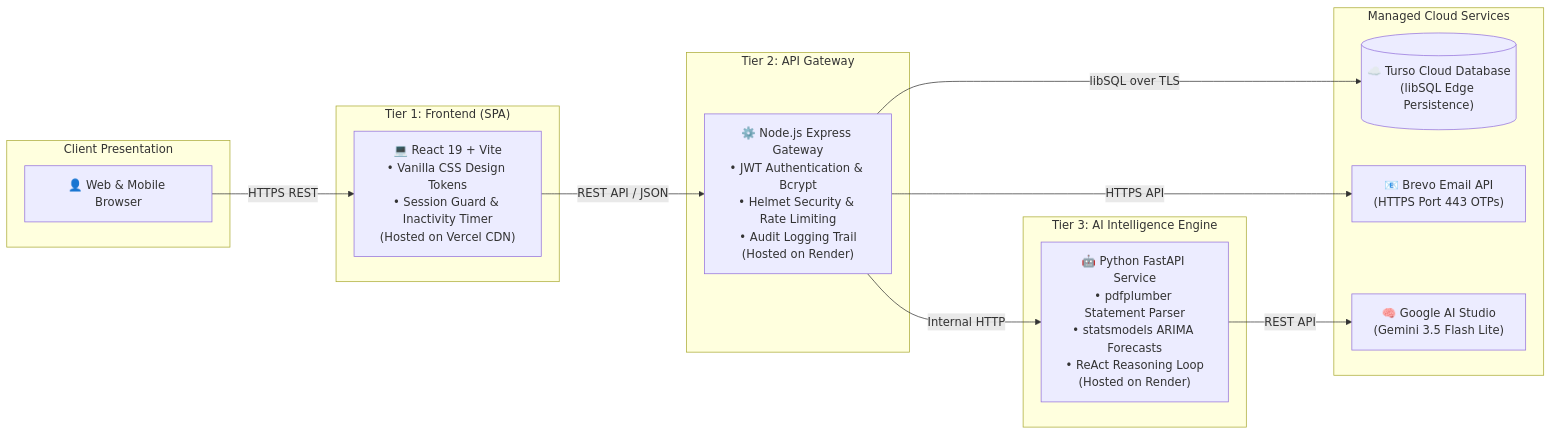
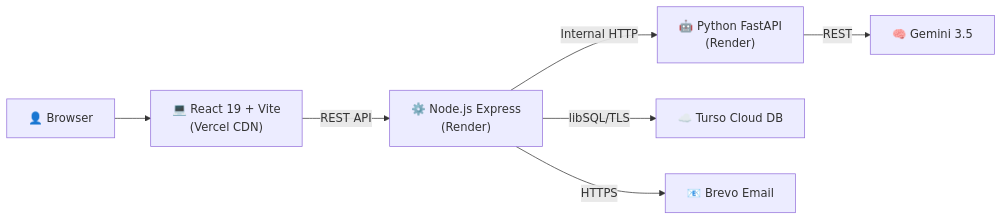
Before and after one commit to saikrishnagunti/FinGuide: the diagram in README.md, drawn with Mermaid. The commit also changed other lines of this file and 8 other files, not shown here.

````diff
--- a/README.md
+++ b/README.md
@@ -38,31 +46,9 @@
 ```mermaid
 flowchart LR
-    subgraph Client ["Client Presentation"]
-        Browser["👤 Web & Mobile Browser"]
-    end
-
-    subgraph FrontendTier ["Tier 1: Frontend (SPA)"]
-        ReactApp["💻 React 19 + Vite<br/>• Vanilla CSS Design Tokens<br/>• Session Guard & Inactivity Timer<br/>(Hosted on Vercel CDN)"]
-    end
-
-    subgraph GatewayTier ["Tier 2: API Gateway"]
-        ExpressApp["⚙️ Node.js Express Gateway<br/>• JWT Authentication & Bcrypt<br/>• Helmet Security & Rate Limiting<br/>• Audit Logging Trail<br/>(Hosted on Render)"]
-    end
-
-    subgraph AgentTier ["Tier 3: AI Intelligence Engine"]
-        FastAPIApp["🤖 Python FastAPI Service<br/>• pdfplumber Statement Parser<br/>• statsmodels ARIMA Forecasts<br/>• ReAct Reasoning Loop<br/>(Hosted on Render)"]
-    end
-
-    subgraph ExternalCloud ["Managed Cloud Services"]
-        TursoDB[("☁️ Turso Cloud Database<br/>(libSQL Edge Persistence)")]
-        BrevoAPI["📧 Brevo Email API<br/>(HTTPS Port 443 OTPs)"]
-        GeminiAI["🧠 Google AI Studio<br/>(Gemini 3.5 Flash Lite)"]
-    end
-
-    Browser -->|HTTPS REST| ReactApp
-    ReactApp -->|REST API / JSON| ExpressApp
-    ExpressApp -->|Internal HTTP| FastAPIApp
-    ExpressApp -->|libSQL over TLS| TursoDB
-    ExpressApp -->|HTTPS API| BrevoAPI
-    FastAPIApp -->|REST API| GeminiAI
+    Browser["👤 Browser"] --> React["💻 React 19 + Vite\n(Vercel CDN)"]
+    React -->|"REST API"| Express["⚙️ Node.js Express\n(Render)"]
+    Express -->|"Internal HTTP"| FastAPI["🤖 Python FastAPI\n(Render)"]
+    Express -->|"libSQL/TLS"| Turso["☁️ Turso Cloud DB"]
+    Express -->|"HTTPS"| Brevo["📧 Brevo Email"]
+    FastAPI -->|"REST"| Gemini["🧠 Gemini 3.5"]
 ```
````
